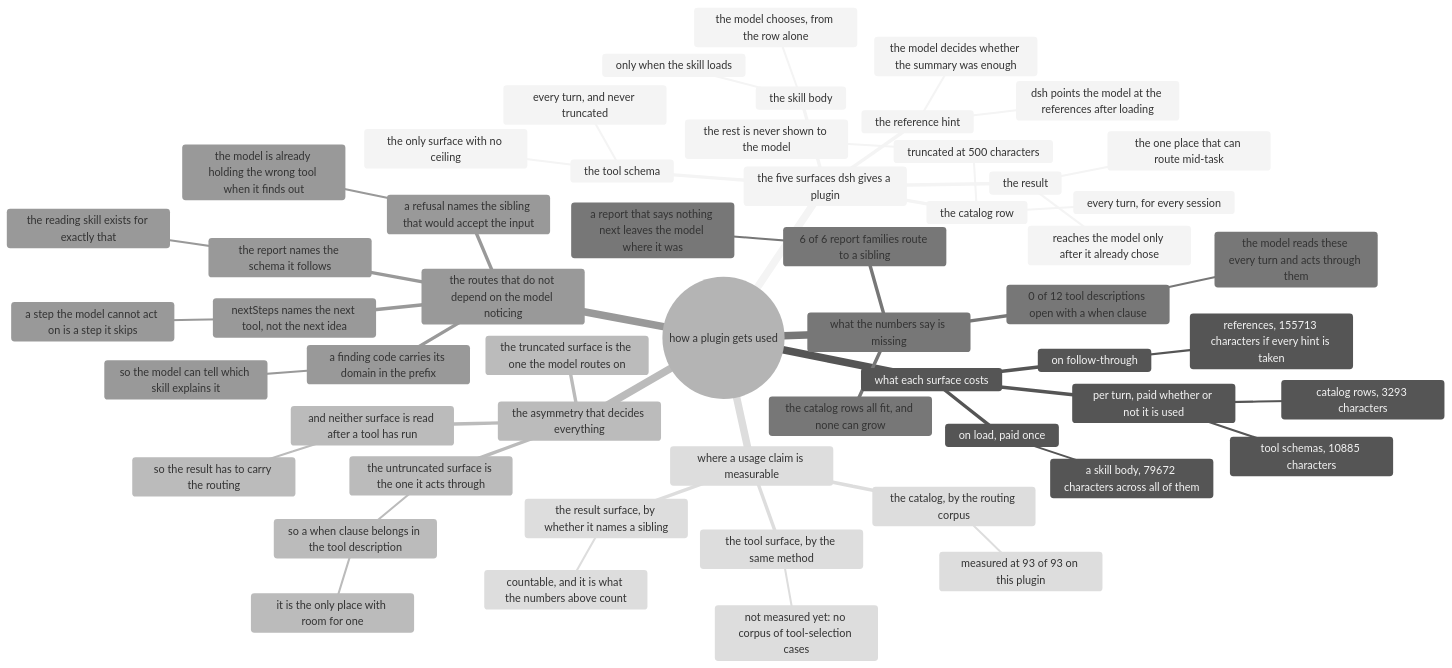
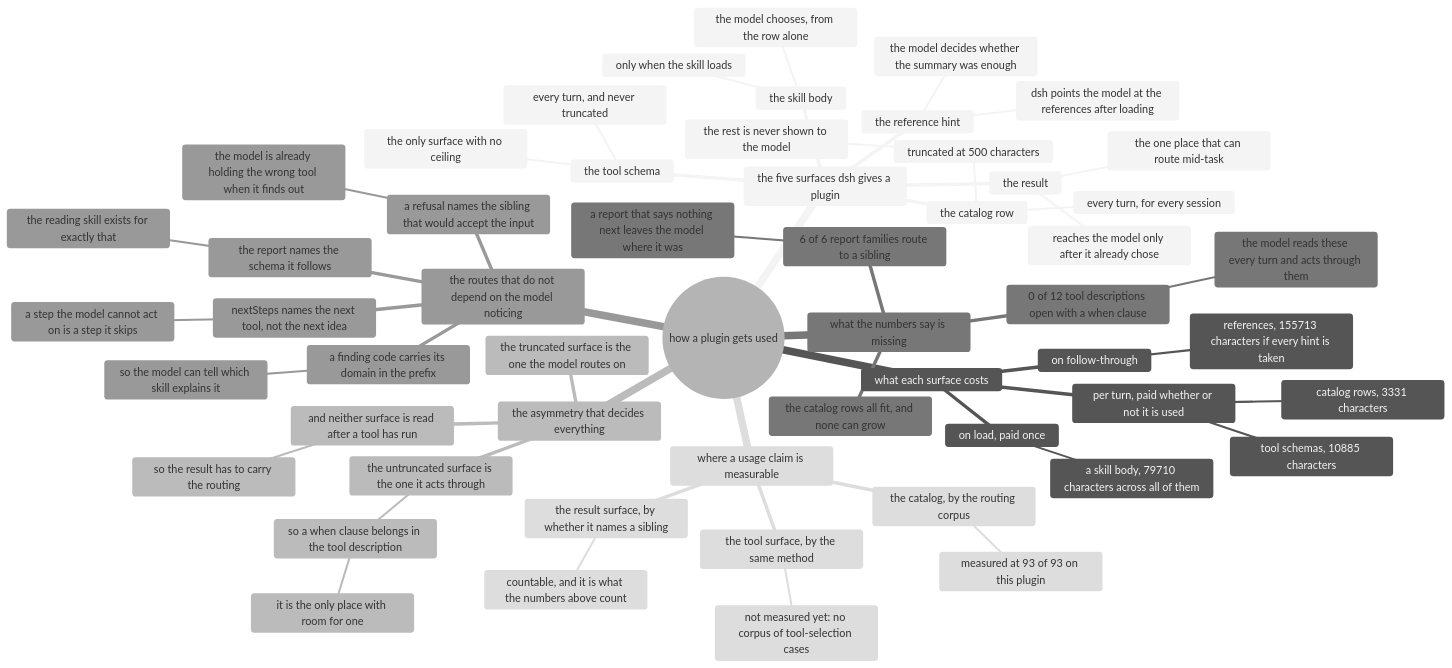
One commit to AmethystLuna/dsh-model-everything changed the diagram in docs/usage/mindmap.mmd. Above: the diagram before and after it, drawn with Mermaid (neutral theme). The commit also changed 5 other files, not shown here.

First line of the commit message:
fix(skills): the UML row handed every class diagram to a skill that does not draw

```diff
--- a/docs/usage/mindmap.mmd
+++ b/docs/usage/mindmap.mmd
@@ -1,56 +1,56 @@
 mindmap
 root((how a plugin gets used))
   the five surfaces dsh gives a plugin
     the catalog row
       every turn, for every session
       truncated at 500 characters
         the rest is never shown to the model
     the skill body
       only when the skill loads
       the model chooses, from the row alone
     the reference hint
       dsh points the model at the references after loading
       the model decides whether the summary was enough
     the tool schema
       every turn, and never truncated
       the only surface with no ceiling
     the result
       reaches the model only after it already chose
       the one place that can route mid-task
   what each surface costs
     per turn, paid whether or not it is used
-      catalog rows, 3293 characters
+      catalog rows, 3331 characters
       tool schemas, 10885 characters
     on load, paid once
-      a skill body, 79672 characters across all of them
+      a skill body, 79710 characters across all of them
     on follow-through
       references, 155713 characters if every hint is taken
   the asymmetry that decides everything
     the truncated surface is the one the model routes on
     the untruncated surface is the one it acts through
       so a when clause belongs in the tool description
         it is the only place with room for one
     and neither surface is read after a tool has run
       so the result has to carry the routing
   what the numbers say is missing
     0 of 12 tool descriptions open with a when clause
       the model reads these every turn and acts through them
     6 of 6 report families route to a sibling
       a report that says nothing next leaves the model where it was
     the catalog rows all fit, and none can grow
   the routes that do not depend on the model noticing
     a refusal names the sibling that would accept the input
       the model is already holding the wrong tool when it finds out
     nextSteps names the next tool, not the next idea
       a step the model cannot act on is a step it skips
     a finding code carries its domain in the prefix
       so the model can tell which skill explains it
     the report names the schema it follows
       the reading skill exists for exactly that
   where a usage claim is measurable
     the catalog, by the routing corpus
       measured at 93 of 93 on this plugin
     the tool surface, by the same method
       not measured yet: no corpus of tool-selection cases
     the result surface, by whether it names a sibling
       countable, and it is what the numbers above count
```
